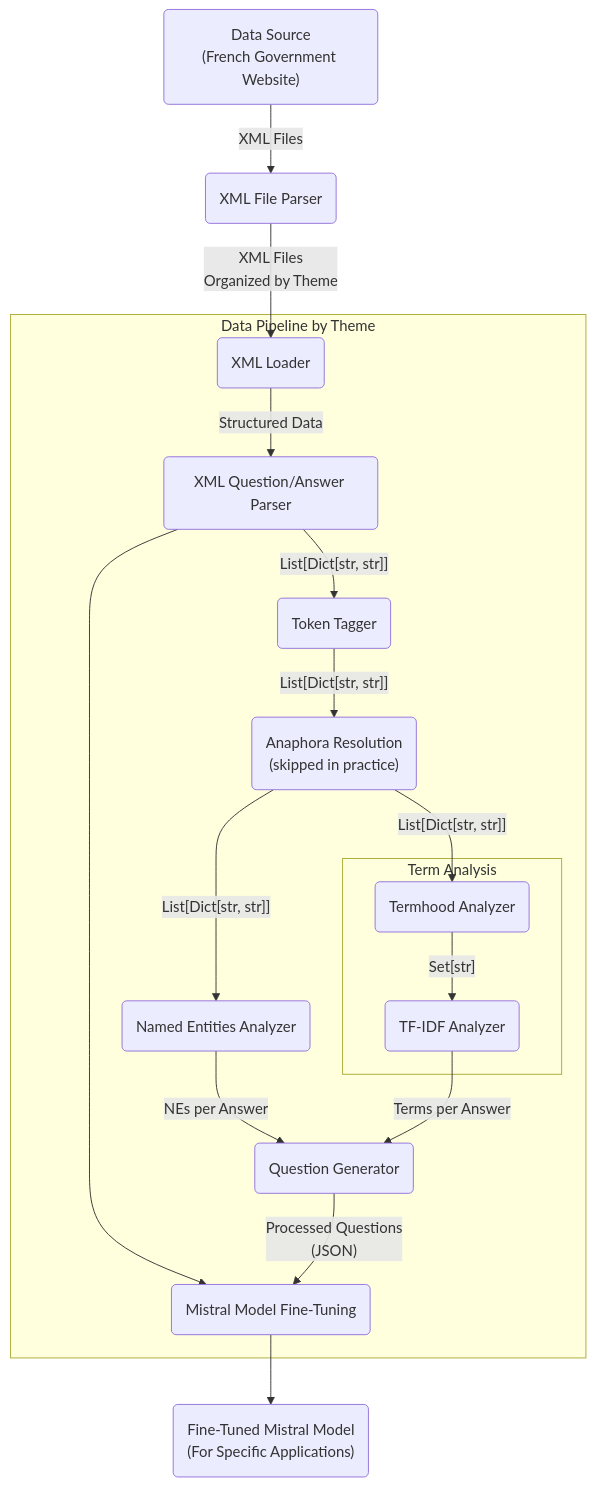
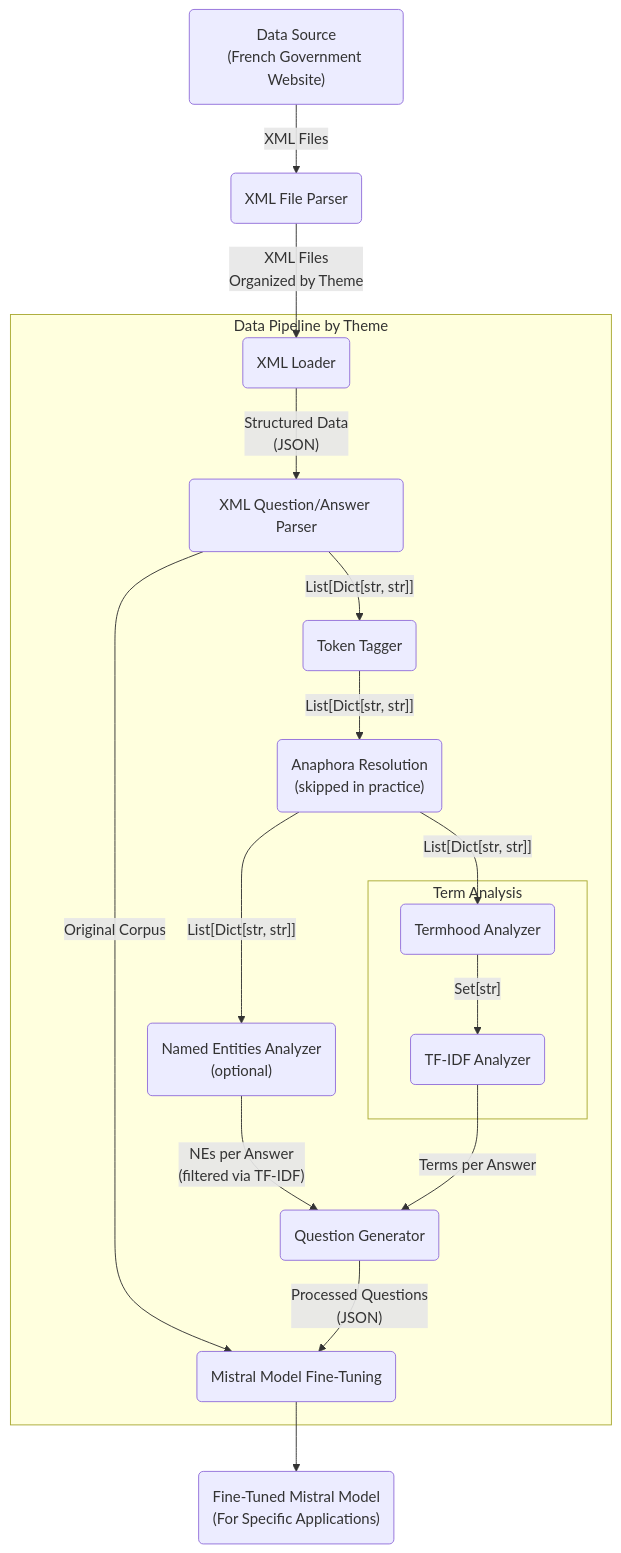
One commit to neoseb59/ChatBot_NLP changed the first of 2 diagrams in README.md. Above: the diagram before and after it, drawn with Mermaid. The commit also changed other lines of this file and 7 other files, not shown here.

````diff
--- a/README.md
+++ b/README.md
@@ -84,28 +88,28 @@
 ```mermaid
 
 graph TD
     A("Data Source\n(French Government Website)") -- "XML Files" --> B("XML File Parser")
     B -- "XML Files\nOrganized by Theme" --> C("XML Loader")
     
     subgraph "Data Pipeline by Theme"
-    C -- "Structured Data" --> D("XML Question/Answer Parser")
+    C -- "Structured Data\n(JSON)" --> D("XML Question/Answer Parser")
         D -- "List[Dict[str, str]]" --> T("Token Tagger")
         T -- "List[Dict[str, str]]" --> K("Anaphora Resolution\n(skipped in practice)")
         K -- "List[Dict[str, str]]" --> F("Termhood Analyzer")
         
         subgraph "Term Analysis"
             F -- "Set[str]" --> G("TF-IDF Analyzer")
         end
 
-        K -- "List[Dict[str, str]]" --> E("Named Entities Analyzer")
-        E -- "NEs per Answer" --> H("Question Generator")
+        K -- "List[Dict[str, str]]" --> E("Named Entities Analyzer\n(optional)")
+        E -- "NEs per Answer\n(filtered via TF-IDF)" --> H("Question Generator")
         G -- "Terms per Answer" --> H
-        D --> I
+        D -- "Original Corpus" --> I
     end
 
     H -- "Processed Questions\n(JSON)" --> I("Mistral Model Fine-Tuning")
     I --> J("Fine-Tuned Mistral Model\n(For Specific Applications)")
 
     class A,B,C,D,E,F,G,H,I,J nodeStyle;
 
 ```
````
